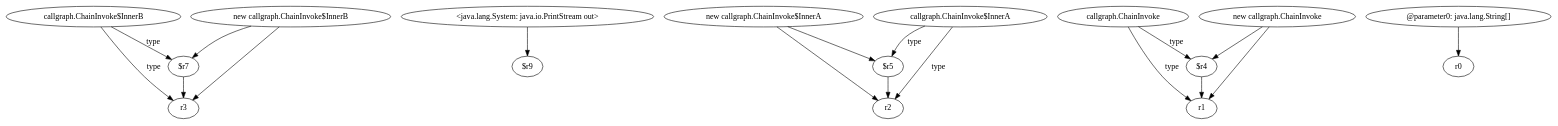
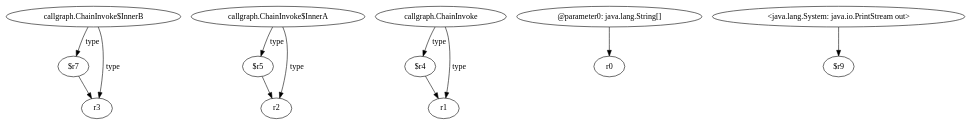
One commit to SeanCoek/zString changed the diagram in relation2/<callgraph.ChainInvoke: void main(java.lang.String[])>.dot. Above: the diagram before and after it, drawn with Graphviz. The commit also changed 34 other files, not shown here.

Commit message:
update graph

```diff
--- a/relation2/<callgraph.ChainInvoke: void main(java.lang.String[])>.dot
+++ b/relation2/<callgraph.ChainInvoke: void main(java.lang.String[])>.dot
@@ -1,35 +1,26 @@
 digraph g {
 0[label="callgraph.ChainInvoke$InnerB"]
 1[label="$r7"]
 0->1[label="type"]
-2[label="<java.lang.System: java.io.PrintStream out>"]
-3[label="$r9"]
-2->3[label=""]
-4[label="$r5"]
-5[label="r2"]
-4->5[label=""]
-6[label="$r4"]
-7[label="r1"]
-6->7[label=""]
+2[label="r3"]
+1->2[label=""]
+3[label="$r5"]
+4[label="r2"]
+3->4[label=""]
+5[label="$r4"]
+6[label="r1"]
+5->6[label=""]
+7[label="callgraph.ChainInvoke$InnerA"]
+7->3[label="type"]
 8[label="callgraph.ChainInvoke"]
-8->7[label="type"]
+8->6[label="type"]
+7->4[label="type"]
 9[label="@parameter0: java.lang.String[]"]
 10[label="r0"]
 9->10[label=""]
-11[label="new callgraph.ChainInvoke"]
-11->6[label=""]
-12[label="new callgraph.ChainInvoke$InnerA"]
-12->4[label=""]
-13[label="new callgraph.ChainInvoke$InnerB"]
-13->1[label=""]
-14[label="r3"]
-1->14[label=""]
-13->14[label=""]
-12->5[label=""]
-11->7[label=""]
-15[label="callgraph.ChainInvoke$InnerA"]
-15->4[label="type"]
-15->5[label="type"]
-8->6[label="type"]
-0->14[label="type"]
+11[label="<java.lang.System: java.io.PrintStream out>"]
+12[label="$r9"]
+11->12[label=""]
+8->5[label="type"]
+0->2[label="type"]
 }
```
